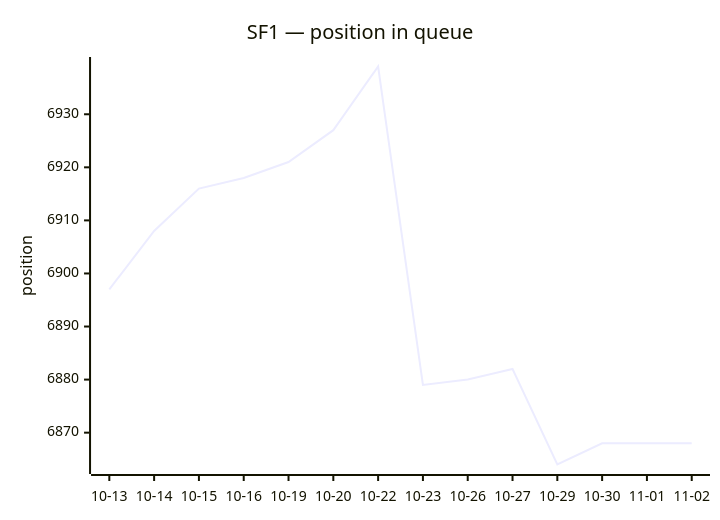
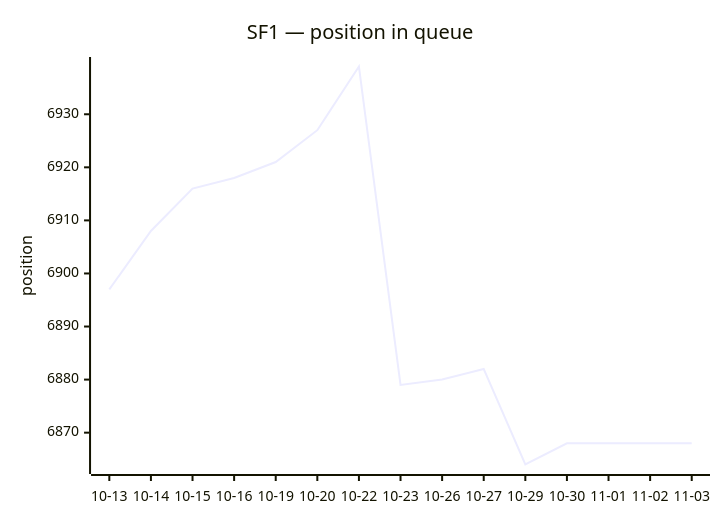
One commit to thyarles/thyarles changed the first of 2 diagrams in queue/README.md. Above: the diagram before and after it, drawn with Mermaid. The commit also changed other lines of this file and 2 other files, not shown here.

````diff
--- a/queue/README.md
+++ b/queue/README.md
@@ -20,7 +20,7 @@
 ```mermaid
 xychart-beta
   title "SF1 — position in queue"
-  x-axis ["10-13", "10-14", "10-15", "10-16", "10-19", "10-20", "10-22", "10-23", "10-26", "10-27", "10-29", "10-30", "11-01", "11-02"]
+  x-axis ["10-13", "10-14", "10-15", "10-16", "10-19", "10-20", "10-22", "10-23", "10-26", "10-27", "10-29", "10-30", "11-01", "11-02", "11-03"]
   y-axis "position"
-  line [6897, 6908, 6916, 6918, 6921, 6927, 6939, 6879, 6880, 6882, 6864, 6868, 6868, 6868]
+  line [6897, 6908, 6916, 6918, 6921, 6927, 6939, 6879, 6880, 6882, 6864, 6868, 6868, 6868, 6868]
 ```
````
